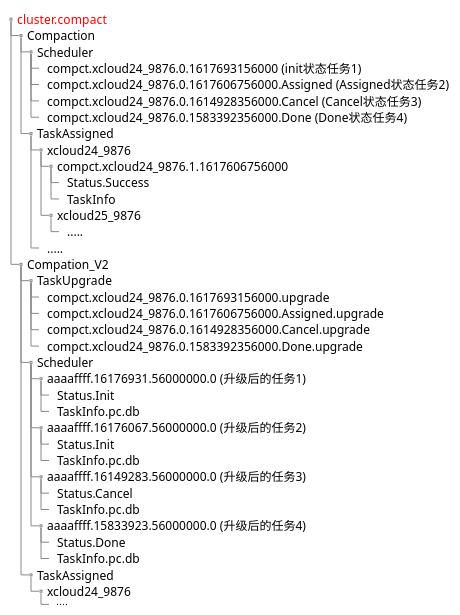
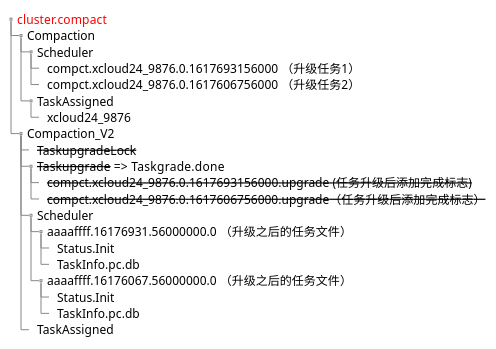
Before and after one commit to HarpsealCC/note: the ninth of 10 diagrams in 东方国信工作资料/compaction/Compaction任务升级方案.md, drawn with PlantUML. The commit also changed other lines of this file and 1 other file, not shown here.

````diff
--- a/东方国信工作资料/compaction/Compaction任务升级方案.md
+++ b/东方国信工作资料/compaction/Compaction任务升级方案.md
@@ -173,45 +227,28 @@
 ```plantuml
 @startsalt
 {
 {T
  + <color:red>cluster.compact
  ++ Compaction
  +++ Scheduler
- ++++ compct.xcloud24_9876.0.1617693156000 (init状态任务1)
- ++++ compct.xcloud24_9876.0.1617606756000.Assigned (Assigned状态任务2)
- ++++ compct.xcloud24_9876.0.1614928356000.Cancel (Cancel状态任务3)
- ++++ compct.xcloud24_9876.0.1583392356000.Done (Done状态任务4)
+ ++++ compct.xcloud24_9876.0.1617693156000 （升级任务1）
+ ++++ compct.xcloud24_9876.0.1617606756000 （升级任务2）
  +++ TaskAssigned
  ++++ xcloud24_9876
- +++++ compct.xcloud24_9876.1.1617606756000
- ++++++ Status.Success
- ++++++ TaskInfo
- +++++ xcloud25_9876
- ++++++ .....
- ++++ .....
- ++ Compation_V2
- +++ TaskUpgrade
- ++++ compct.xcloud24_9876.0.1617693156000.upgrade
- ++++ compct.xcloud24_9876.0.1617606756000.Assigned.upgrade
- ++++ compct.xcloud24_9876.0.1614928356000.Cancel.upgrade
- ++++ compct.xcloud24_9876.0.1583392356000.Done.upgrade
+ ++ Compaction_V2
+ +++ <s>TaskupgradeLock</s>
+ +++ <s>Taskupgrade</s> =>  Taskgrade.done
+ ++++ <s>compct.xcloud24_9876.0.1617693156000.upgrade (任务升级后添加完成标志)
+ ++++ <s>compct.xcloud24_9876.0.1617606756000.upgrade（任务升级后添加完成标志）
  +++ Scheduler
- ++++ aaaaffff.16176931.56000000.0 (升级后的任务1)
+ ++++ aaaaffff.16176931.56000000.0 （升级之后的任务文件）
  +++++ Status.Init
  +++++ TaskInfo.pc.db
- ++++ aaaaffff.16176067.56000000.0 (升级后的任务2)
+ ++++ aaaaffff.16176067.56000000.0 （升级之后的任务文件）
  +++++ Status.Init
  +++++ TaskInfo.pc.db
- ++++ aaaaffff.16149283.56000000.0 (升级后的任务3)
- +++++ Status.Cancel
- +++++ TaskInfo.pc.db
- ++++ aaaaffff.15833923.56000000.0 (升级后的任务4)
- +++++ Status.Done
- +++++ TaskInfo.pc.db
  +++ TaskAssigned
- ++++ xcloud24_9876
- +++++ ....
 }
 }
 @endsalt
 ```
````
